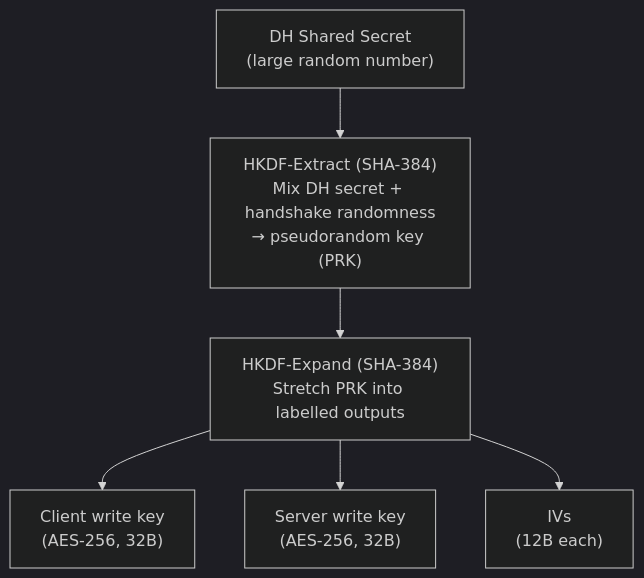
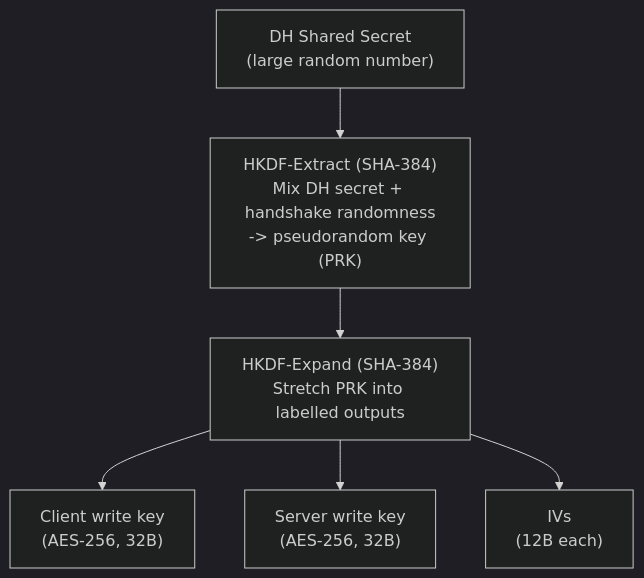
The second of 6 diagrams in _posts/2026-03-05-cryptographic-basics-in-a-hurry.md (ypeavler/blog), drawn with Mermaid before and after one commit. The commit also changed other lines of this file and 2 other files, not shown here.

```diff
--- a/_posts/2026-03-05-cryptographic-basics-in-a-hurry.md
+++ b/_posts/2026-03-05-cryptographic-basics-in-a-hurry.md
@@ -223,15 +223,15 @@
 <div class="mermaid">
 %%{init: {'theme': 'dark'}}%%
 flowchart TD
     DH["DH Shared Secret\n(large random number)"]
-    EX["HKDF-Extract (SHA-384)\nMix DH secret + handshake randomness\n→ pseudorandom key (PRK)"]
+    EX["HKDF-Extract (SHA-384)\nMix DH secret + handshake randomness\n-> pseudorandom key (PRK)"]
     EXP["HKDF-Expand (SHA-384)\nStretch PRK into labelled outputs"]
     CK["Client write key\n(AES-256, 32B)"]
     SK["Server write key\n(AES-256, 32B)"]
     IV["IVs\n(12B each)"]
 
     DH --> EX --> EXP
     EXP --> CK
     EXP --> SK
     EXP --> IV
 </div>
```
